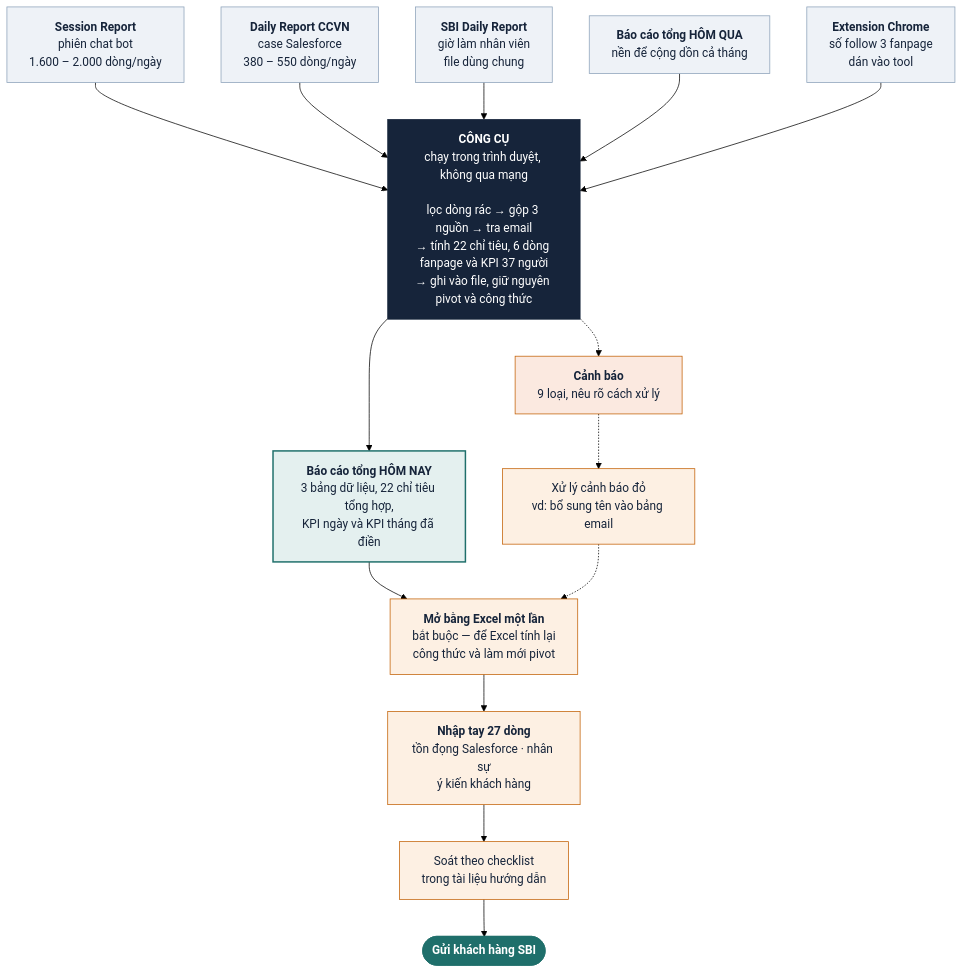
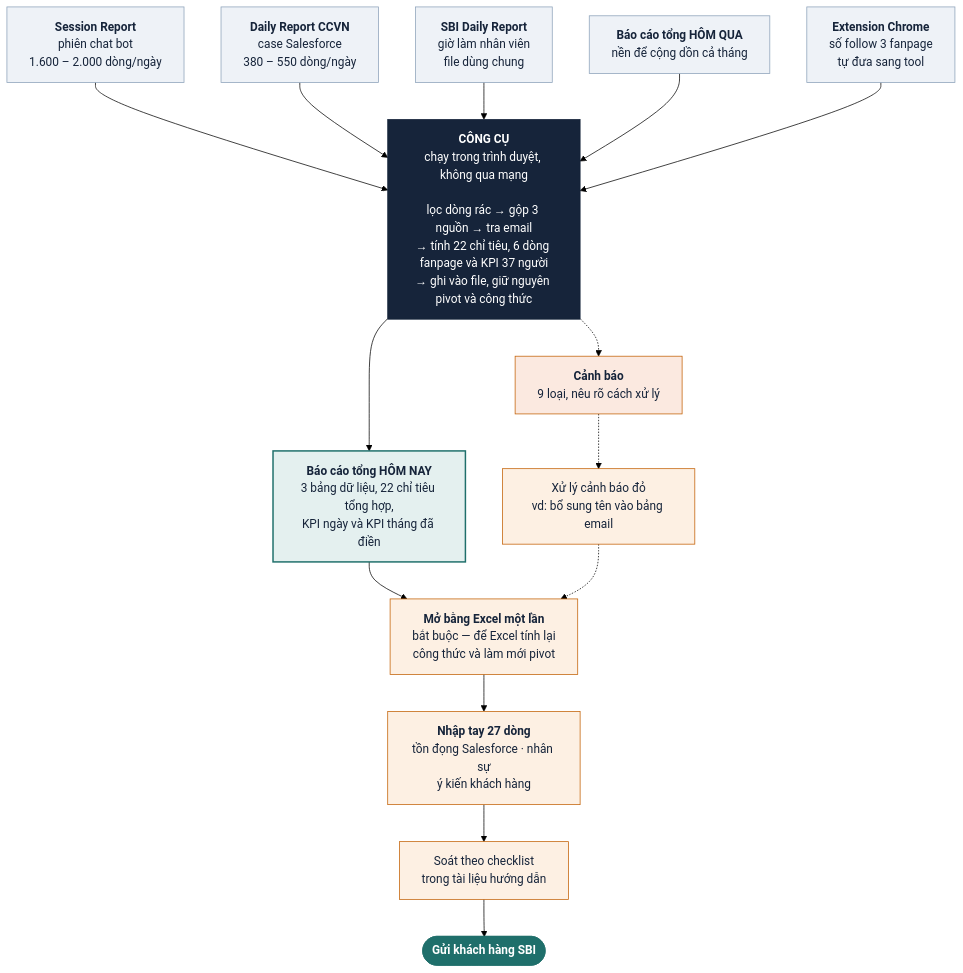
The diagram in BAO-CAO-DU-AN.md (nhvthanh246/SBIReport), drawn with Mermaid (forest theme) before and after one commit. The commit also changed other lines of this file and 11 other files, not shown here.

````diff
--- a/BAO-CAO-DU-AN.md
+++ b/BAO-CAO-DU-AN.md
@@ -52,41 +53,41 @@
 ```mermaid
 flowchart TD
     A1["<b>Session Report</b><br/>phiên chat bot<br/>1.600 – 2.000 dòng/ngày"]
     A2["<b>Daily Report CCVN</b><br/>case Salesforce<br/>380 – 550 dòng/ngày"]
     A3["<b>SBI Daily Report</b><br/>giờ làm nhân viên<br/>file dùng chung"]
     A4["<b>Báo cáo tổng HÔM QUA</b><br/>nền để cộng dồn cả tháng"]
-    A5["<b>Extension Chrome</b><br/>số follow 3 fanpage<br/>dán vào tool"]
+    A5["<b>Extension Chrome</b><br/>số follow 3 fanpage<br/>tự đưa sang tool"]
 
     A1 --> T
     A2 --> T
     A3 --> T
     A4 --> T
     A5 --> T
 
     T["<b>CÔNG CỤ</b><br/>chạy trong trình duyệt, không qua mạng<br/> <br/>lọc dòng rác → gộp 3 nguồn → tra email<br/>→ tính 22 chỉ tiêu, 6 dòng fanpage và KPI 37 người<br/>→ ghi vào file, giữ nguyên pivot và công thức"]
 
     T --> OUT["<b>Báo cáo tổng HÔM NAY</b><br/>3 bảng dữ liệu, 22 chỉ tiêu tổng hợp,<br/>KPI ngày và KPI tháng đã điền"]
     T -.-> W["<b>Cảnh báo</b><br/>9 loại, nêu rõ cách xử lý"]
 
     OUT --> M1["<b>Mở bằng Excel một lần</b><br/>bắt buộc — để Excel tính lại<br/>công thức và làm mới pivot"]
     W -.-> M2["Xử lý cảnh báo đỏ<br/>vd: bổ sung tên vào bảng email"]
     M2 -.-> M1
 
     M1 --> M3["<b>Nhập tay 27 dòng</b><br/>tồn đọng Salesforce · nhân sự<br/>ý kiến khách hàng"]
     M3 --> M4["Soát theo checklist<br/>trong tài liệu hướng dẫn"]
     M4 --> S(["<b>Gửi khách hàng SBI</b>"])
 
     classDef src fill:#eef2f7,stroke:#8aa0b8,stroke-width:1px,color:#16243a
     classDef tool fill:#16243a,stroke:#16243a,color:#ffffff
     classDef out fill:#e4f0ef,stroke:#1f6f6b,stroke-width:2px,color:#16243a
     classDef human fill:#fdf0e3,stroke:#c25e00,stroke-width:1px,color:#16243a
     classDef warn fill:#fbe9e0,stroke:#c25e00,stroke-width:1px,color:#16243a
     classDef done fill:#1f6f6b,stroke:#1f6f6b,color:#ffffff
 
     class A1,A2,A3,A4,A5 src
     class T tool
     class OUT out
     class W warn
     class M1,M2,M3,M4 human
     class S done
 ```
````
